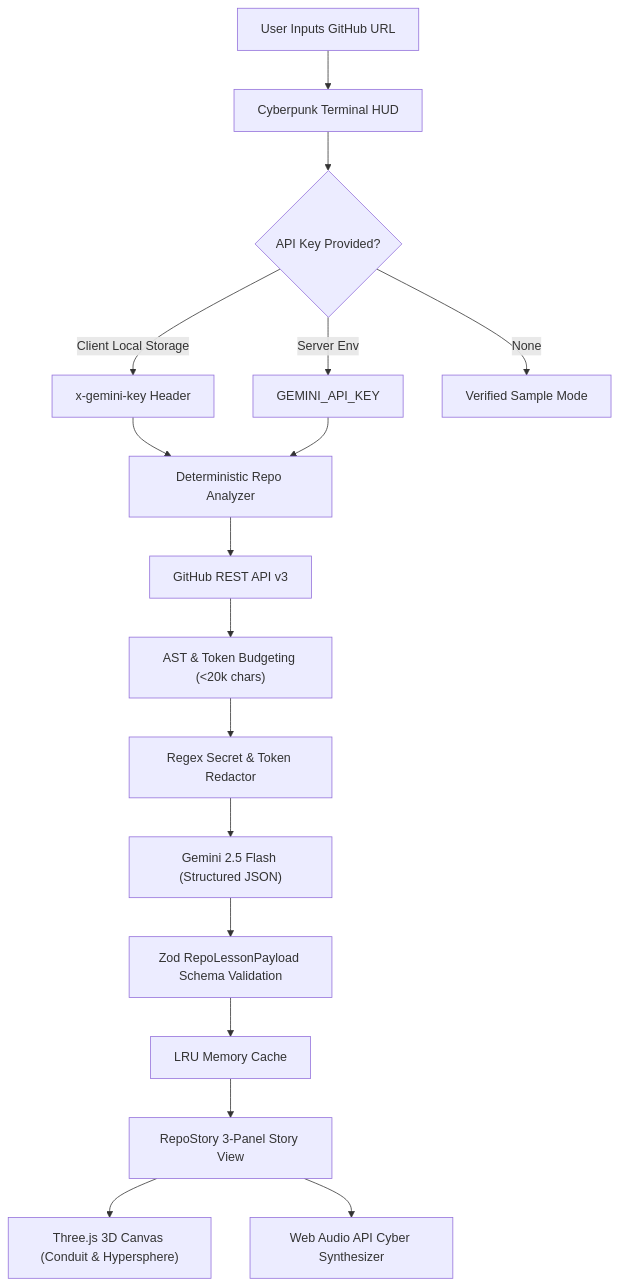
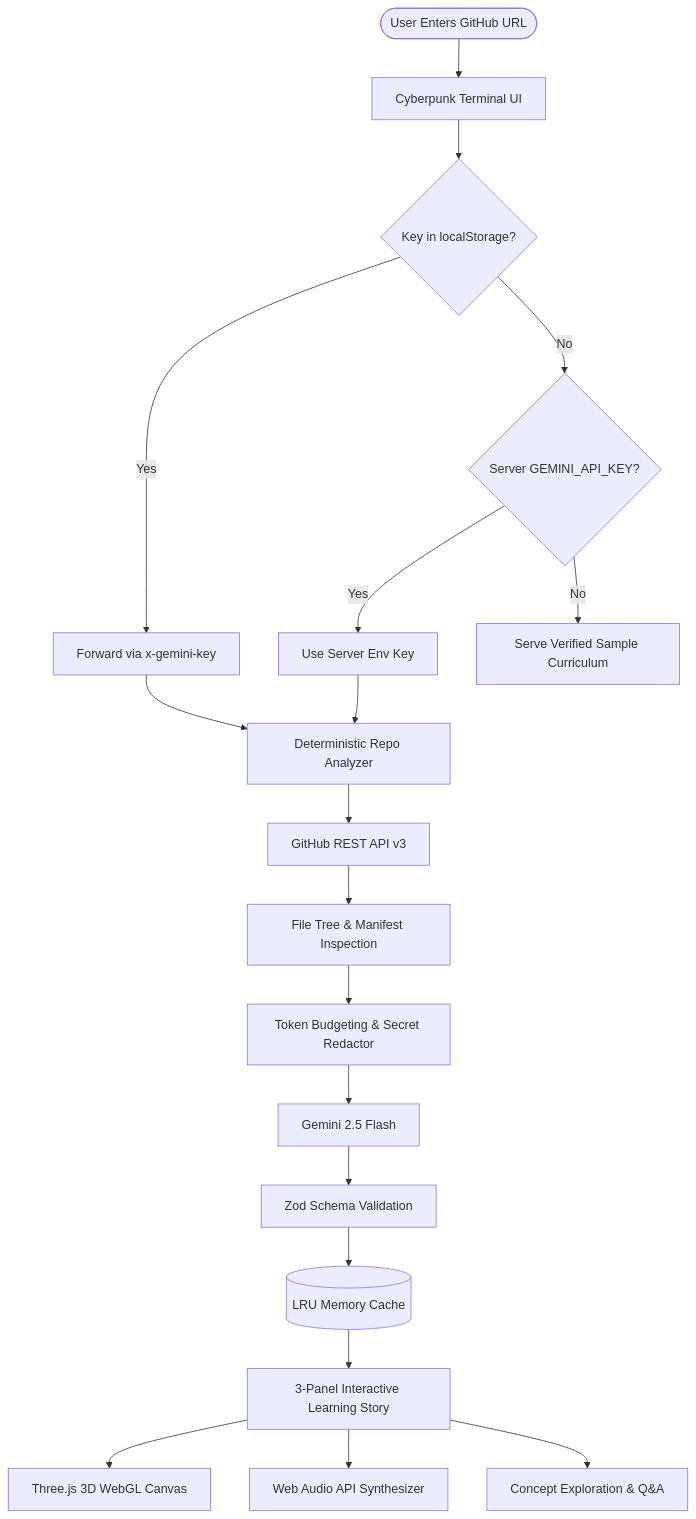
The first of 2 diagrams in README.md (iamnih4l/RepoStory), drawn with Mermaid before and after one commit. The commit also changed other lines of this file and 6 other files, not shown here.

Commit message:
docs: create interactive structured README with visual showcase, architecture diagrams, and LICENSE

````diff
--- a/README.md
+++ b/README.md
@@ -51,19 +158,25 @@
 ```mermaid
-graph TD
-    User["User Inputs GitHub URL"] --> InputBar["Cyberpunk Terminal HUD"]
-    InputBar --> BYOKCheck{"API Key Provided?"}
-    BYOKCheck -- "Client Local Storage" --> CustomKey["x-gemini-key Header"]
-    BYOKCheck -- "Server Env" --> ServerKey["GEMINI_API_KEY"]
-    BYOKCheck -- "None" --> DemoFallback["Verified Sample Mode"]
+flowchart TD
+    User([User Enters GitHub URL]) --> UI[Cyberpunk Terminal UI]
+    UI --> KeyCheck{Key in localStorage?}
     
-    CustomKey & ServerKey --> Analyzer["Deterministic Repo Analyzer"]
-    Analyzer --> GitHubAPI["GitHub REST API v3"]
-    GitHubAPI --> ContextEngine["AST & Token Budgeting (<20k chars)"]
-    ContextEngine --> SecretFilter["Regex Secret & Token Redactor"]
-    SecretFilter --> Gemini["Gemini 2.5 Flash (Structured JSON)"]
-    Gemini --> ZodSchema["Zod RepoLessonPayload Schema Validation"]
-    ZodSchema --> Cache["LRU Memory Cache"]
-    Cache --> ClientUI["RepoStory 3-Panel Story View"]
-    ClientUI --> WebGLScenes["Three.js 3D Canvas (Conduit & Hypersphere)"]
-    ClientUI --> AudioEngine["Web Audio API Cyber Synthesizer"]
+    KeyCheck -- Yes --> ClientHeaders["Forward via x-gemini-key"]
+    KeyCheck -- No --> ServerCheck{Server GEMINI_API_KEY?}
+    
+    ServerCheck -- Yes --> ServerKey["Use Server Env Key"]
+    ServerCheck -- No --> DemoFallback["Serve Verified Sample Curriculum"]
+    
+    ClientHeaders & ServerKey --> Analyzer[Deterministic Repo Analyzer]
+    Analyzer --> GH[GitHub REST API v3]
+    GH --> AST[File Tree & Manifest Inspection]
+    AST --> Redact[Token Budgeting & Secret Redactor]
+    Redact --> Gemini[Gemini 2.5 Flash]
+    
+    Gemini --> Zod[Zod Schema Validation]
+    Zod --> Cache[(LRU Memory Cache)]
+    Cache --> VisualStory[3-Panel Interactive Learning Story]
+    
+    VisualStory --> ThreeScene[Three.js 3D WebGL Canvas]
+    VisualStory --> AudioSynth[Web Audio API Synthesizer]
+    VisualStory --> DeepDive[Concept Exploration & Q&A]
 ```
````
